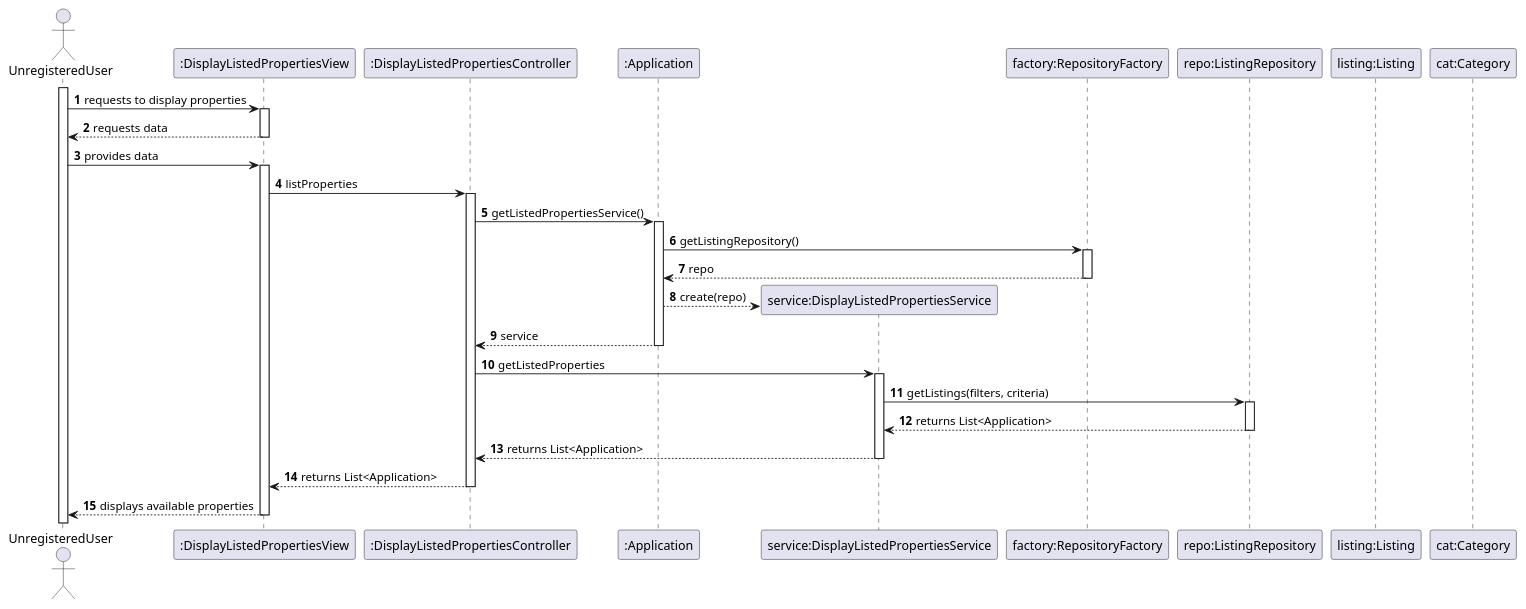
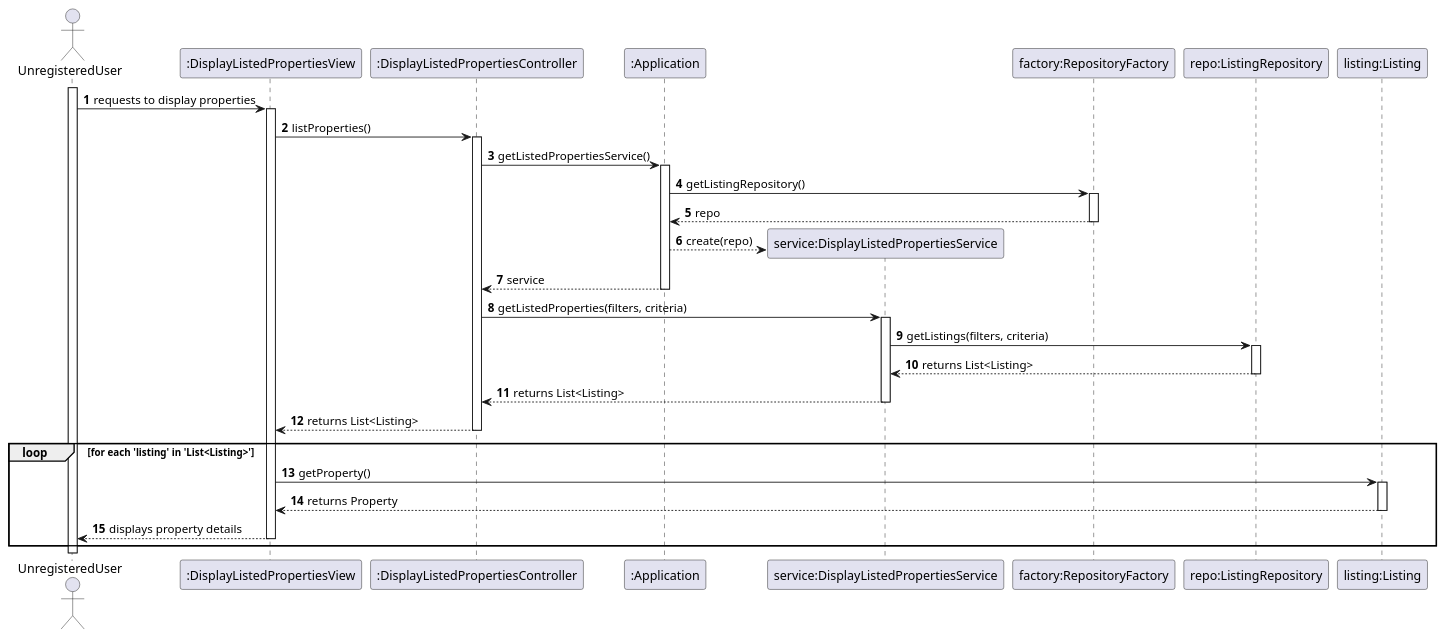
The diagram in docs/Sprint3/US20/US20-SD.puml (goncalomaia18/leti-esoft-24-25-A2), drawn with PlantUML before and after one commit. The commit also changed other lines of this file and 18 other files, not shown here.

```diff
--- a/docs/Sprint3/US20/US20-SD.puml
+++ b/docs/Sprint3/US20/US20-SD.puml
@@ -1,33 +1,34 @@
 @startuml
 'https://plantuml.com/sequence-diagram
 autoactivate on
 autonumber
 
 actor "UnregisteredUser" as User
 participant ":DisplayListedPropertiesView" as System
 participant ":DisplayListedPropertiesController" as Ctrl
 participant ":Application" as App
 participant "service:DisplayListedPropertiesService" as Service
 participant "factory:RepositoryFactory" as Factory
 participant "repo:ListingRepository" as Repo
 participant "listing:Listing" as Listing
+
 activate User
 
 User -> System: requests to display properties
-System --> User: requests data
-
-User -> System: provides data
-System -> Ctrl: listProperties
+System -> Ctrl: listProperties()
 Ctrl -> App: getListedPropertiesService()
 App -> Factory: getListingRepository()
 Factory --> App: repo
 App --> Service**: create(repo)
 App --> Ctrl: service
-Ctrl -> Service: getListedProperties
+Ctrl -> Service: getListedProperties(filters, criteria)
 Service -> Repo: getListings(filters, criteria)
-participant "cat:Category" as Category
-Repo --> Service: returns List<Application>
-Service --> Ctrl: returns List<Application>
-Ctrl --> System: returns List<Application>
-System --> User: displays available properties
+Repo --> Service: returns List<Listing>
+Service --> Ctrl: returns List<Listing>
+Ctrl --> System: returns List<Listing>
+loop for each 'listing' in 'List<Listing>'
+    System -> Listing: getProperty()
+    Listing --> System: returns Property
+    System --> User: displays property details
+end loop
 @enduml
```
